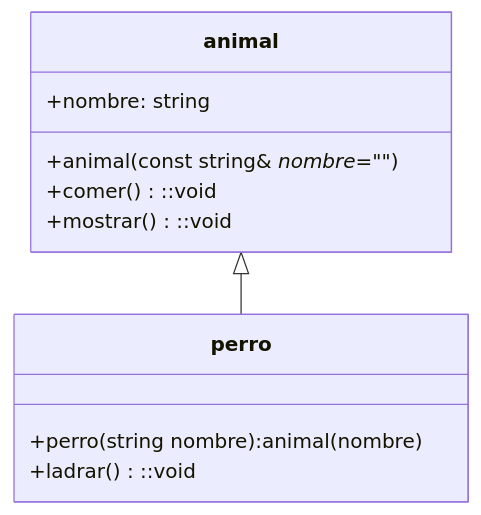
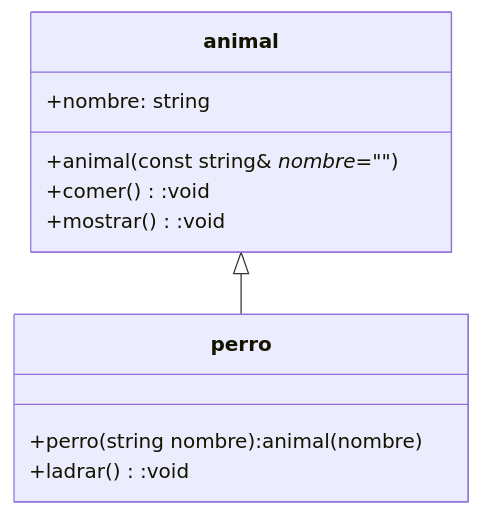
Before and after one commit to EmiMon-456/SobrecargaC: the diagram in Soluciones-Herencia-Emiliano-Montalvo-A00574526/Ejercicio1HDiagrama.md, drawn with Mermaid.

Commit message:
Fix method declaration syntax in animal and perro classes in Ejercicio1H class diagram

````diff
--- a/Soluciones-Herencia-Emiliano-Montalvo-A00574526/Ejercicio1HDiagrama.md
+++ b/Soluciones-Herencia-Emiliano-Montalvo-A00574526/Ejercicio1HDiagrama.md
@@ -1,23 +1,23 @@
 ```mermaid
 classDiagram
     %% Definición de clases
     
     class animal {
         +animal(const string& _nombre_="")
         +nombre: string
-        +comer()::void
-        +mostrar()::void
+        +comer():void
+        +mostrar():void
 
     }
     class perro{
         +perro(string nombre):animal(nombre)
-        +ladrar()::void
+        +ladrar():void
     }
 
     
 
     %% Relaciones
     animal <|-- perro
     
 
 ```
````
